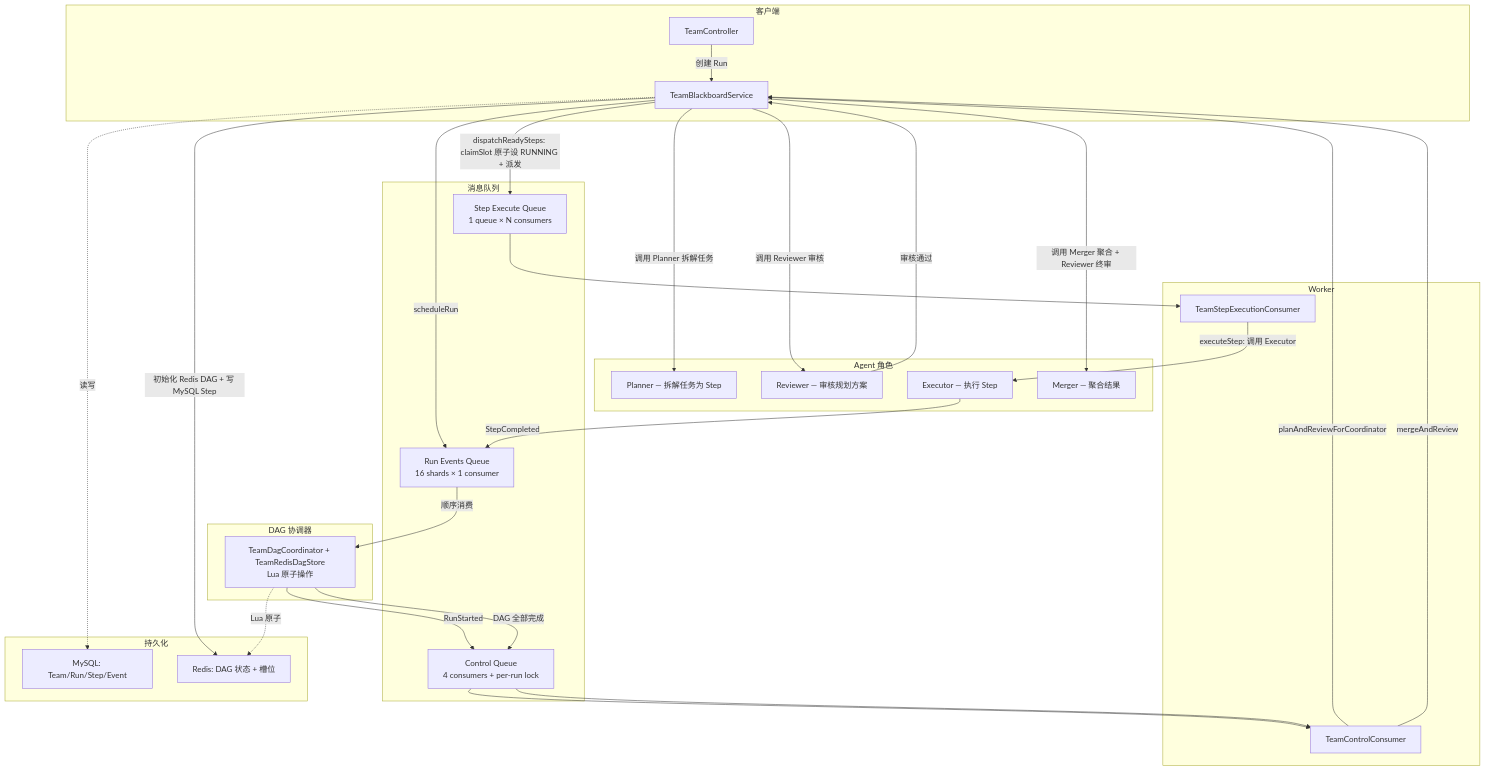
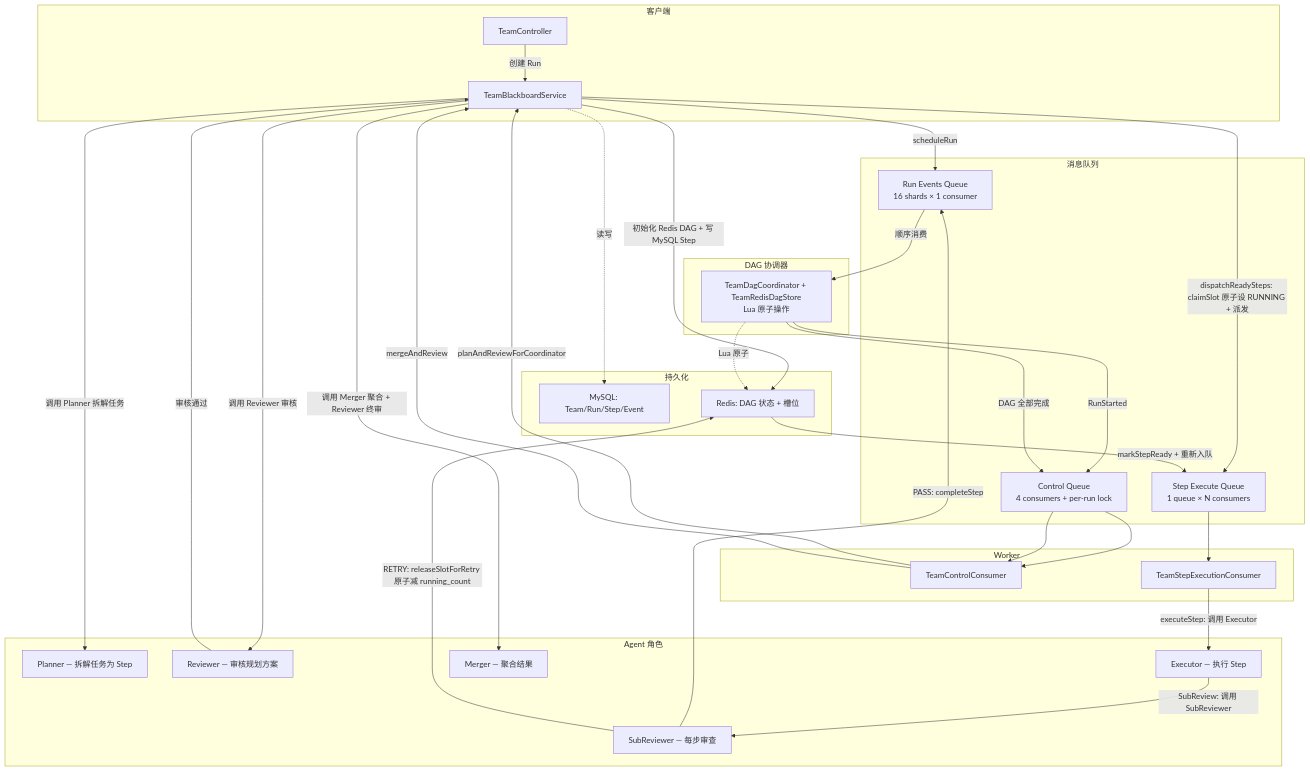
The third of 3 diagrams in README.md (kaiyue-ai/EchoMind), drawn with Mermaid before and after one commit. The commit also changed other lines of this file and 16 other files, not shown here.

First line of the commit message:
fix: atomic releaseSlotForRetry + MermaidGenerator SubReview nodes

````diff
--- a/README.md
+++ b/README.md
@@ -194,52 +194,56 @@
 ```mermaid
 flowchart TB
     subgraph Client["客户端"]
         A["TeamController"]
         A2["TeamBlackboardService"]
     end
 
     subgraph Queues["消息队列"]
         C["Run Events Queue<br/>16 shards × 1 consumer"]
         Ctrl["Control Queue<br/>4 consumers + per‑run lock"]
         D["Step Execute Queue<br/>1 queue × N consumers"]
     end
 
     subgraph Workers["Worker"]
         CW["TeamControlConsumer"]
         F["TeamStepExecutionConsumer"]
     end
 
     subgraph Coordinator["DAG 协调器"]
         E["TeamDagCoordinator + TeamRedisDagStore<br/>Lua 原子操作"]
     end
 
     subgraph Roles["Agent 角色"]
         K["Planner — 拆解任务为 Step"]
         M["Reviewer — 审核规划方案"]
         L["Executor — 执行 Step"]
+        SR["SubReviewer — 每步审查"]
         N["Merger — 聚合结果"]
     end
 
     subgraph Storage["持久化"]
         P["MySQL: Team/Run/Step/Event"]
         Q["Redis: DAG 状态 + 槽位"]
     end
 
     A -->|创建 Run| A2
     A2 -->|scheduleRun| C
     C -->|顺序消费| E
     E -->|RunStarted| Ctrl
     Ctrl --> CW -->|planAndReviewForCoordinator| A2
     A2 -->|调用 Planner 拆解任务| K
     A2 -->|调用 Reviewer 审核| M
     M -->|审核通过| A2
     A2 -->|初始化 Redis DAG + 写 MySQL Step| Q
     A2 -->|dispatchReadySteps: claimSlot 原子设 RUNNING + 派发| D
     D --> F -->|executeStep: 调用 Executor| L
-    L -->|StepCompleted| C
+    L -->|SubReview: 调用 SubReviewer| SR
+    SR -->|PASS: completeStep| C
+    SR -->|RETRY: releaseSlotForRetry 原子减 running_count| Q
+    Q -->|markStepReady + 重新入队| D
     E -->|DAG 全部完成| Ctrl
     Ctrl --> CW -->|mergeAndReview| A2
     A2 -->|调用 Merger 聚合 + Reviewer 终审| N
     A2 -.->|读写| P
     E -.->|Lua 原子| Q
 ```
````
